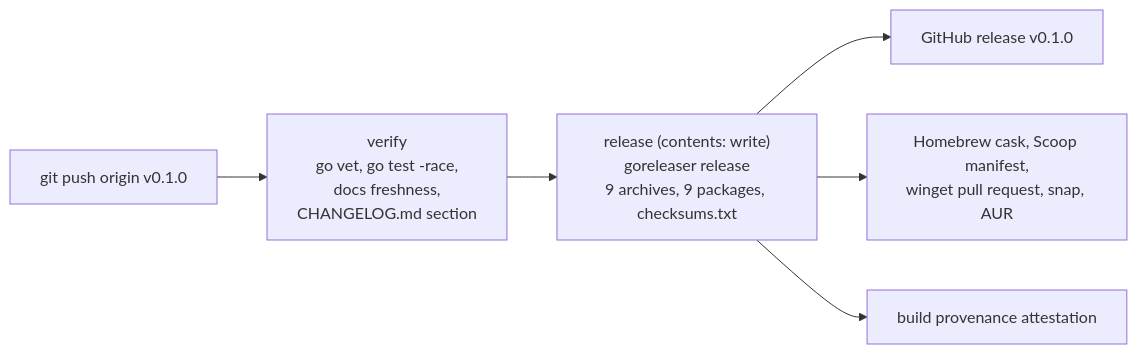
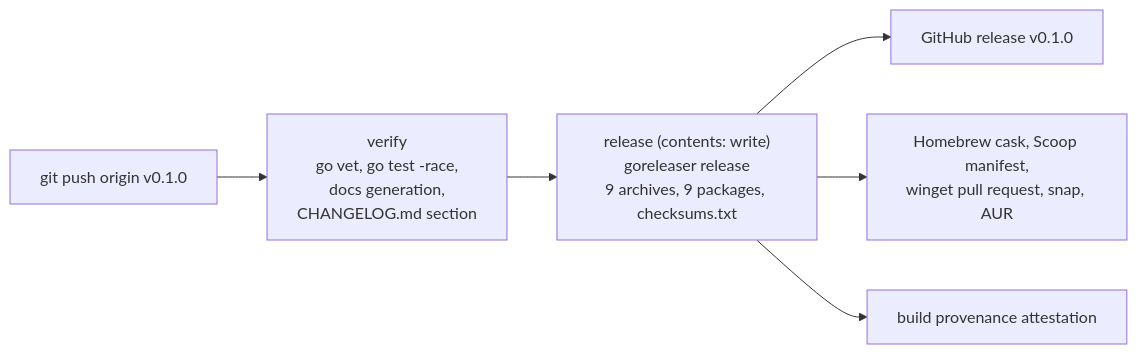
The diagram in docs/workflows/ci-and-release.md (braswelljr/gnux), drawn with Mermaid before and after one commit. The commit also changed other lines of this file and 1590 other files, not shown here.

````diff
--- a/docs/workflows/ci-and-release.md
+++ b/docs/workflows/ci-and-release.md
@@ -249,8 +244,8 @@
 ```mermaid
 flowchart LR
-    T["git push origin v0.1.0"] --> V["verify<br/>go vet, go test -race,<br/>docs freshness,<br/>CHANGELOG.md section"]
+    T["git push origin v0.1.0"] --> V["verify<br/>go vet, go test -race,<br/>docs generation,<br/>CHANGELOG.md section"]
     V --> G["release (contents: write)<br/>goreleaser release<br/>9 archives, 9 packages, checksums.txt"]
     G --> R["GitHub release v0.1.0"]
     G --> M["Homebrew cask, Scoop manifest,<br/>winget pull request, snap, AUR"]
     G --> A["build provenance attestation"]
 ```
````
